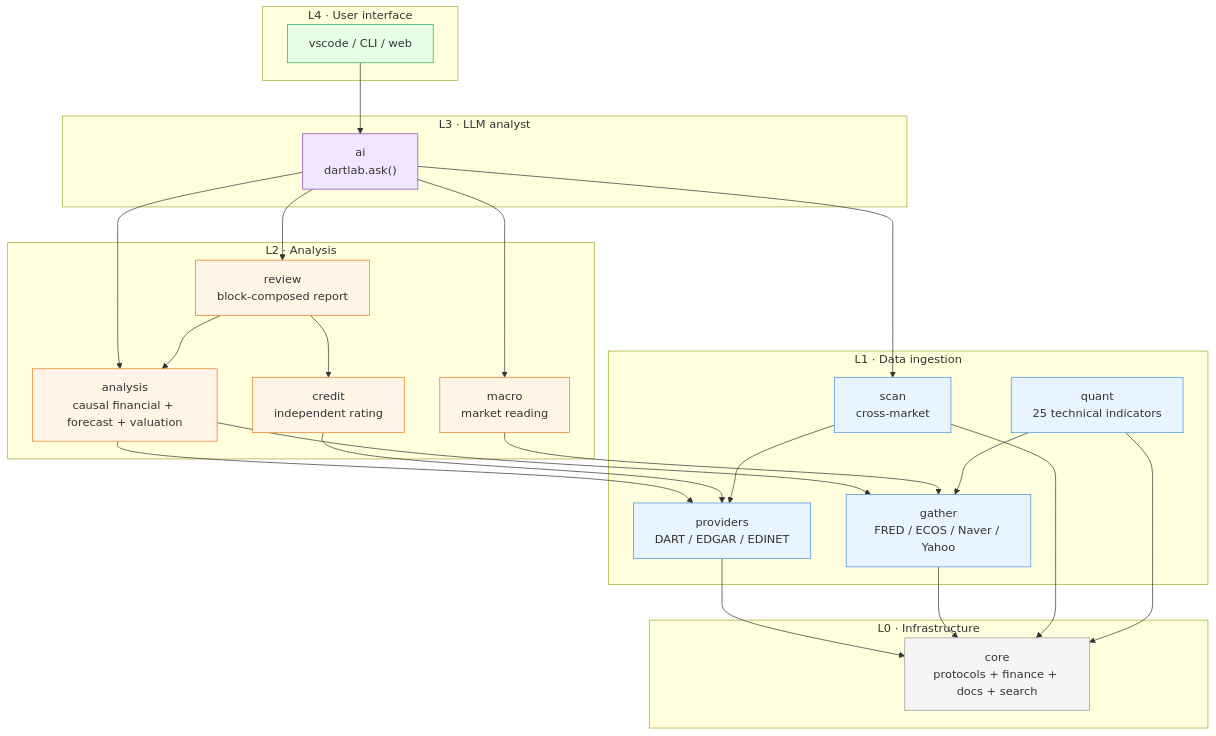
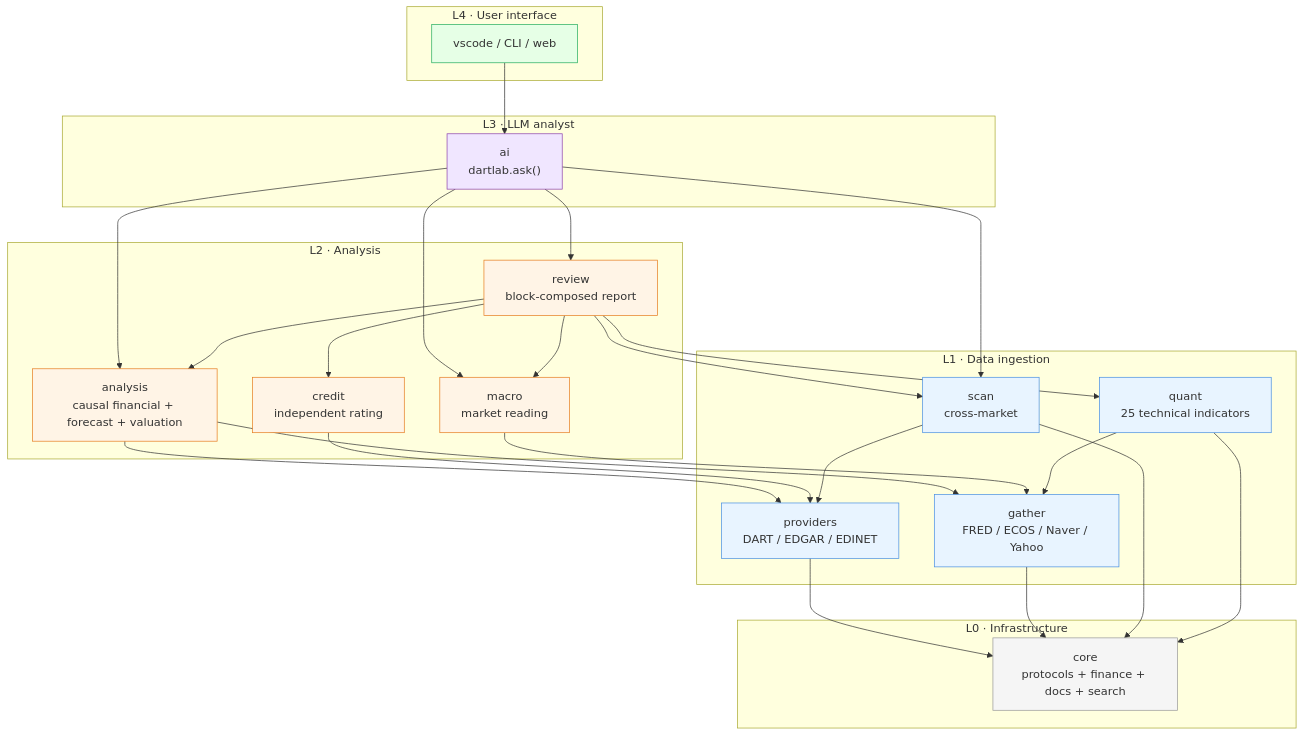
The diagram in README_EN.md (zkznxk123-sys/dartlab), drawn with Mermaid before and after one commit. The commit also changed other lines of this file and 1 other file, not shown here.

````diff
--- a/README_EN.md
+++ b/README_EN.md
@@ -286,53 +327,56 @@
 ```mermaid
 flowchart TB
     subgraph L4["L4 · User interface"]
         UI["vscode / CLI / web"]
     end
     subgraph L3["L3 · LLM analyst"]
         AI["ai<br/>dartlab.ask()"]
     end
     subgraph L2["L2 · Analysis"]
         ANA["analysis<br/>causal financial + forecast + valuation"]
         CRD["credit<br/>independent rating"]
         MAC["macro<br/>market reading"]
         REV["review<br/>block-composed report"]
     end
     subgraph L1["L1 · Data ingestion"]
         PRV["providers<br/>DART / EDGAR / EDINET"]
         GAT["gather<br/>FRED / ECOS / Naver / Yahoo"]
         SCN["scan<br/>cross-market"]
         QNT["quant<br/>25 technical indicators"]
     end
     subgraph L0["L0 · Infrastructure"]
         CORE["core<br/>protocols + finance + docs + search"]
     end
 
     UI --> AI
     AI --> REV
     AI --> ANA
     AI --> MAC
     AI --> SCN
     REV --> ANA
     REV --> CRD
+    REV --> SCN
+    REV --> QNT
+    REV --> MAC
     ANA --> PRV
     ANA --> GAT
     CRD --> PRV
     MAC --> GAT
     SCN --> PRV
     QNT --> GAT
     PRV --> CORE
     GAT --> CORE
     SCN --> CORE
     QNT --> CORE
 
     classDef l0 fill:#f5f5f5,stroke:#999
     classDef l1 fill:#e8f4ff,stroke:#4a90e2
     classDef l2 fill:#fff4e6,stroke:#e67e22
     classDef l3 fill:#f0e6ff,stroke:#8e44ad
     classDef l4 fill:#e6ffe6,stroke:#27ae60
     class CORE l0
     class PRV,GAT,SCN,QNT l1
     class ANA,CRD,MAC,REV l2
     class AI l3
     class UI l4
 ```
````
